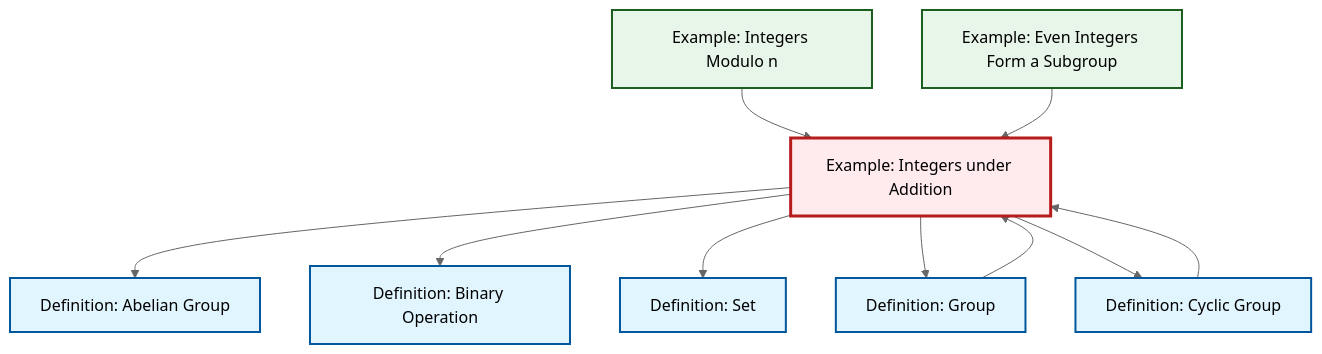
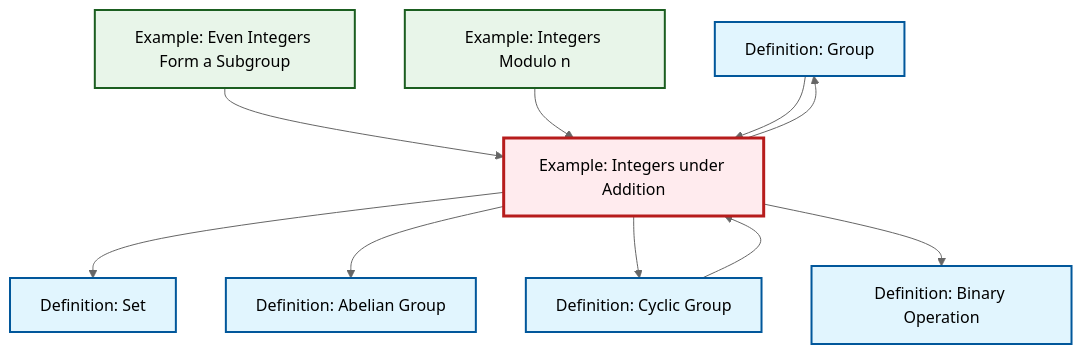
The diagram in content/en/algebra/ex-integers-addition.qmd (RK0429/ModernMath), drawn with Mermaid (neutral theme) before and after one commit. The commit also changed other lines of this file and 634 other files, not shown here.

````diff
--- a/content/en/algebra/ex-integers-addition.qmd
+++ b/content/en/algebra/ex-integers-addition.qmd
@@ -73,34 +73,34 @@
 ```{mermaid}
 %%| fig-cap: "Local dependency graph"
 graph TD
     classDef definition fill:#e1f5fe,stroke:#01579b,stroke-width:2px
     classDef theorem fill:#f3e5f5,stroke:#4a148c,stroke-width:2px
     classDef axiom fill:#fff3e0,stroke:#e65100,stroke-width:2px
     classDef example fill:#e8f5e9,stroke:#1b5e20,stroke-width:2px
     classDef current fill:#ffebee,stroke:#b71c1c,stroke-width:3px
+    def-group["Definition: Group"]:::definition
+    def-abelian-group["Definition: Abelian Group"]:::definition
     def-binary-operation["Definition: Binary Operation"]:::definition
-    def-abelian-group["Definition: Abelian Group"]:::definition
+    def-cyclic-group["Definition: Cyclic Group"]:::definition
+    ex-even-integers-subgroup["Example: Even Integers Form a Subgroup"]:::example
+    ex-quotient-integers-mod-n["Example: Integers Modulo n"]:::example
+    def-set["Definition: Set"]:::definition
     ex-integers-addition["Example: Integers under Addition"]:::example
-    def-group["Definition: Group"]:::definition
-    def-set["Definition: Set"]:::definition
-    def-cyclic-group["Definition: Cyclic Group"]:::definition
-    ex-quotient-integers-mod-n["Example: Integers Modulo n"]:::example
-    ex-even-integers-subgroup["Example: Even Integers Form a Subgroup"]:::example
+    ex-integers-addition --> def-set
+    ex-even-integers-subgroup --> ex-integers-addition
+    ex-integers-addition --> def-abelian-group
+    ex-integers-addition --> def-cyclic-group
+    ex-integers-addition --> def-group
+    ex-integers-addition --> def-binary-operation
+    ex-quotient-integers-mod-n --> ex-integers-addition
     def-group --> ex-integers-addition
     def-cyclic-group --> ex-integers-addition
-    ex-integers-addition --> def-abelian-group
-    ex-quotient-integers-mod-n --> ex-integers-addition
-    ex-integers-addition --> def-binary-operation
-    ex-integers-addition --> def-set
-    ex-even-integers-subgroup --> ex-integers-addition
-    ex-integers-addition --> def-group
-    ex-integers-addition --> def-cyclic-group
     class ex-integers-addition current
+    click def-group "def-group.html" "Go to Group definition"
+    click def-abelian-group "def-abelian-group.html" "Go to Abelian Group definition"
     click def-binary-operation "def-binary-operation.html" "Go to Binary Operation definition"
-    click def-abelian-group "def-abelian-group.html" "Go to Abelian Group definition"
-    click def-group "def-group.html" "Go to Group definition"
+    click def-cyclic-group "def-cyclic-group.html" "Go to Cyclic Group definition"
+    click ex-even-integers-subgroup "ex-even-integers-subgroup.html" "Go to Even Integers Form a Subgroup example"
+    click ex-quotient-integers-mod-n "ex-quotient-integers-mod-n.html" "Go to Integers Modulo n example"
     click def-set "def-set.html" "Go to Set definition"
-    click def-cyclic-group "def-cyclic-group.html" "Go to Cyclic Group definition"
-    click ex-quotient-integers-mod-n "ex-quotient-integers-mod-n.html" "Go to Integers Modulo n example"
-    click ex-even-integers-subgroup "ex-even-integers-subgroup.html" "Go to Even Integers Form a Subgroup example"
 ```
````
